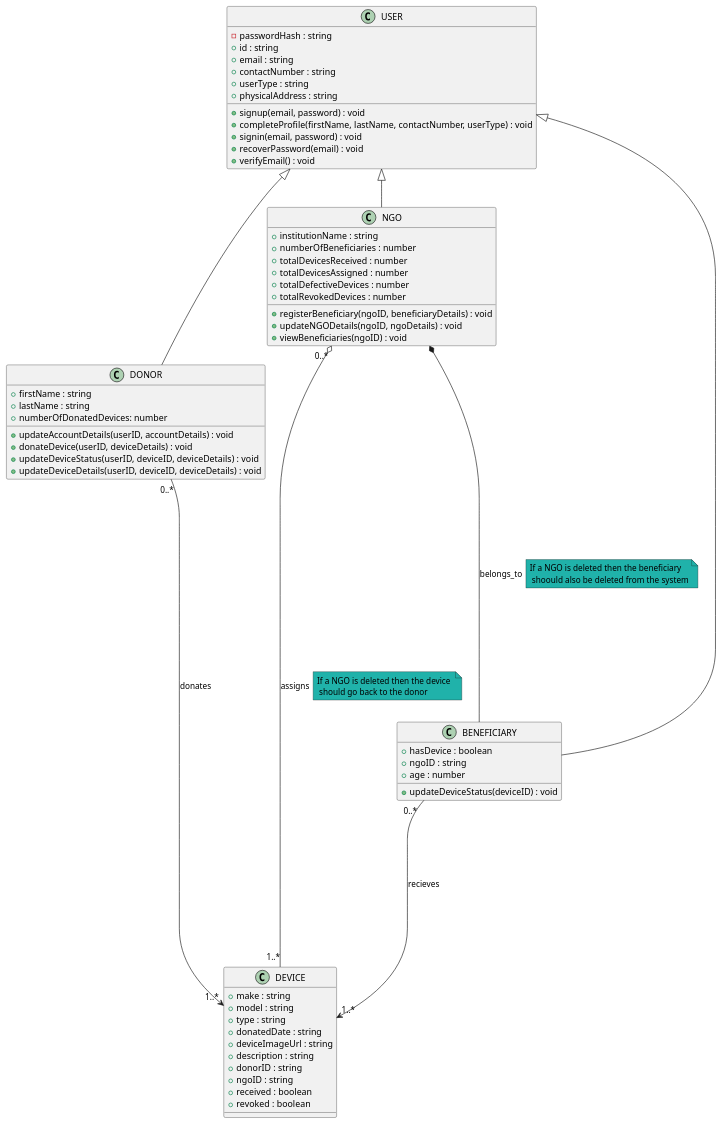
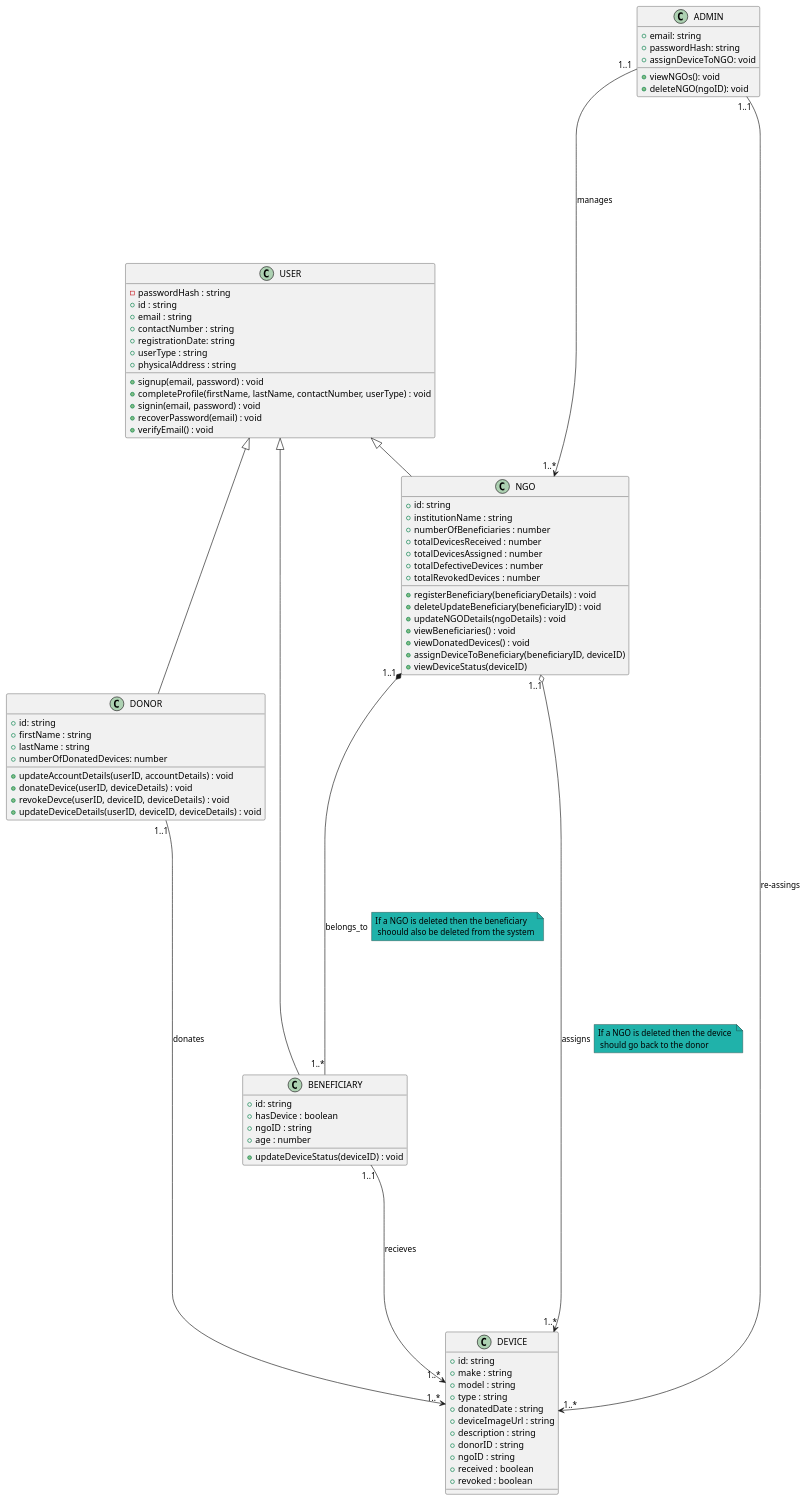
Before and after one commit to Thabo-ops/tech-relief-modeling: the diagram in class-diagram.wsd, drawn with PlantUML. The commit also changed 3 other files, not shown here.

```diff
--- a/class-diagram.wsd
+++ b/class-diagram.wsd
@@ -1,94 +1,114 @@
 @startuml TechReliefClassDiagram
 
 class USER {
  -passwordHash : string
  +id : string
  +email : string 
  +contactNumber : string
+ +registrationDate: string
  +userType : string
  +physicalAddress : string
  +signup(email, password) : void
  +completeProfile(firstName, lastName, contactNumber, userType) : void
  +signin(email, password) : void
  +recoverPassword(email) : void
  +verifyEmail() : void
 }
 
 class DONOR {
+   +id: string
    +firstName : string
    +lastName : string
    +numberOfDonatedDevices: number
    +updateAccountDetails(userID, accountDetails) : void
    +donateDevice(userID, deviceDetails) : void
-   +updateDeviceStatus(userID, deviceID, deviceDetails) : void
+   +revokeDevce(userID, deviceID, deviceDetails) : void
    +updateDeviceDetails(userID, deviceID, deviceDetails) : void
 }
 
 class NGO {
+  +id: string
   +institutionName : string
   +numberOfBeneficiaries : number
   +totalDevicesReceived : number
   +totalDevicesAssigned : number
   +totalDefectiveDevices : number
   +totalRevokedDevices : number
-  +registerBeneficiary(ngoID, beneficiaryDetails) : void
-  +updateNGODetails(ngoID, ngoDetails) : void
-  +viewBeneficiaries(ngoID) : void
+  +registerBeneficiary(beneficiaryDetails) : void
+  +deleteUpdateBeneficiary(beneficiaryID) : void
+  +updateNGODetails(ngoDetails) : void
+  +viewBeneficiaries() : void
+  +viewDonatedDevices() : void
+  +assignDeviceToBeneficiary(beneficiaryID, deviceID)
+  +viewDeviceStatus(deviceID)
 }
-
 
 /' 
  We need the BENEFICIARY entity since they have to also update on the plaform if they really
  received the donated device this helps with the certainty that they were really helped
  and it helps with realistic statistics and record keeping.
 '/
 class BENEFICIARY {
+  +id: string
   +hasDevice : boolean
   +ngoID : string
   +age : number
   +updateDeviceStatus(deviceID) : void
 }
 
 class DEVICE {
+  +id: string
   +make : string
   +model : string
   +type : string
   +donatedDate : string
   +deviceImageUrl : string
   +description : string
   +donorID : string
   +ngoID : string
   +received : boolean
   +revoked : boolean
 }
 
+class ADMIN {
+  +email: string
+  +passwordHash: string
+  +viewNGOs(): void
+  +deleteNGO(ngoID): void
+  +assignDeviceToNGO: void
+}
+
 
 'Associations
 USER ^-- NGO
 USER ^-- BENEFICIARY
 USER ^-- DONOR
 
 /' 
  Being specific on the next line's association(Aggregation) 
  helps with clearly stating the relation ships between the parent and child.
- So in this case a BENEFICIARY can still exist after an NGO is deleted from the platform
+ So in this case a BENEFICIARY can still exist after a NGO is deleted from the platform
 '/
 
-NGO *------ BENEFICIARY : belongs_to
+NGO "1..1" *------ "1..*" BENEFICIARY : belongs_to
 note right on link #LightSeaGreen
 	If a NGO is deleted then the beneficiary 
   shoould also be deleted from the system
 end note
-DONOR "0..*" -----> "1..*" DEVICE: donates
-NGO "0..*" o---- "1..*" DEVICE: assigns
+DONOR "1..1" -----> "1..*" DEVICE: donates
+NGO "1..1" o----> "1..*" DEVICE: assigns
 note right on link #LightSeaGreen
 	If a NGO is deleted then the device 
   should go back to the donor
 end note
 
 /' 
  Can a BENEFICIARY receive more that one device????????
 '/
-BENEFICIARY "0..*" -----> "1..*" DEVICE: recieves
+BENEFICIARY "1..1" -----> "1..*" DEVICE: recieves
+
+ADMIN "1..1" ------> "1..*" DEVICE: re-assings
+
+ADMIN "1..1" ------> "1..*" NGO: manages
 
 @enduml
```
